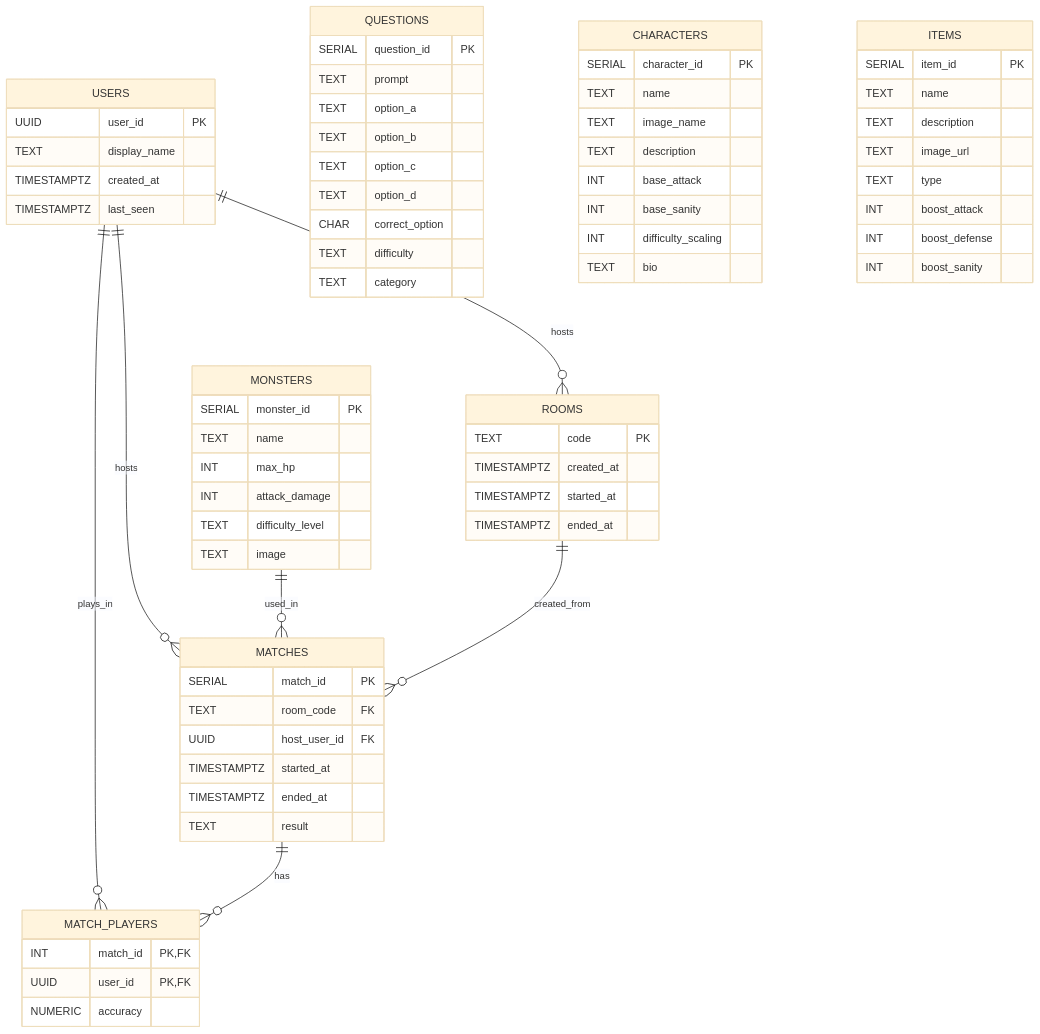
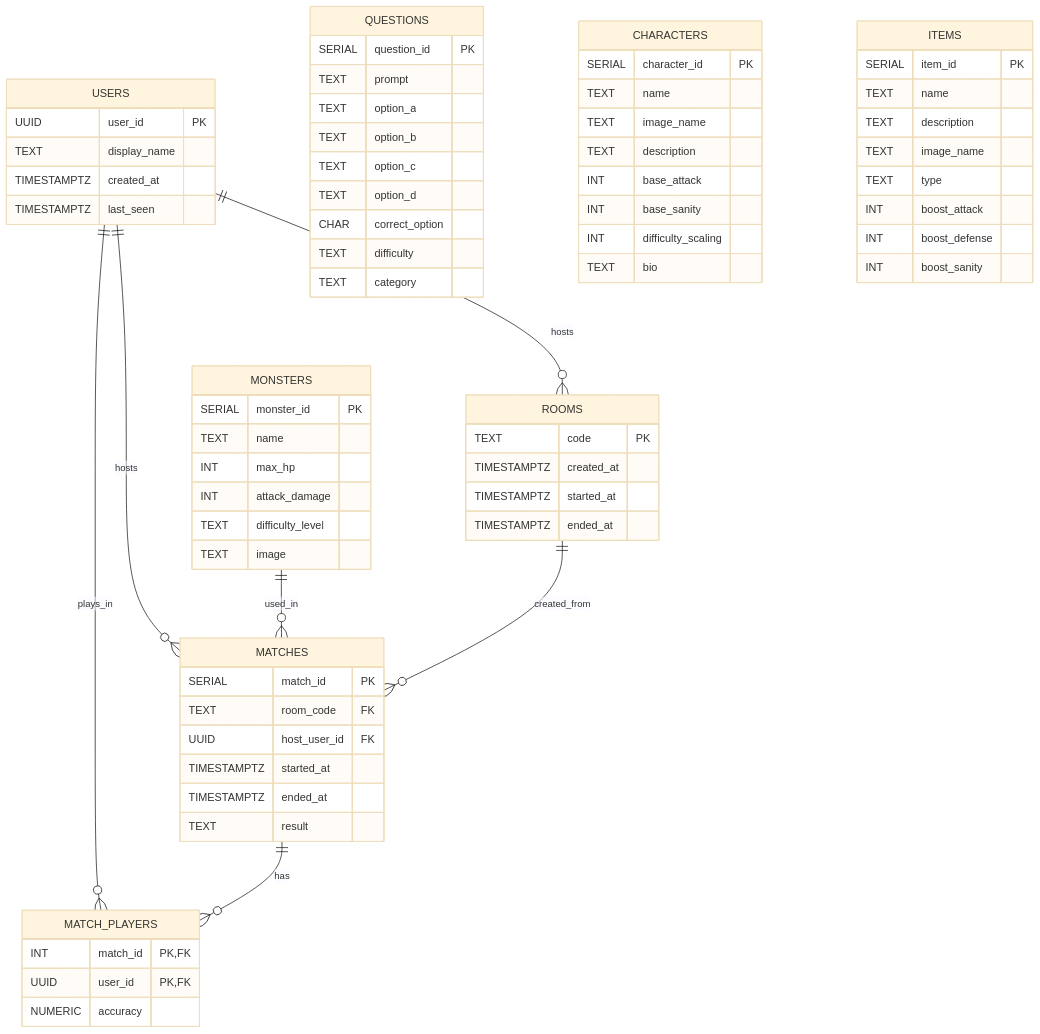
The diagram in docs/planning/backend-draft.md (vertigo1919/eldritch-backend), drawn with Mermaid (base theme) before and after one commit.

Commit message:
Rename image_url to image_name in backend draft

````diff
--- a/docs/planning/backend-draft.md
+++ b/docs/planning/backend-draft.md
@@ -5,82 +5,82 @@
 ```mermaid
 erDiagram
   USERS {
     UUID user_id PK
     TEXT display_name
     TIMESTAMPTZ created_at
     TIMESTAMPTZ last_seen
   }
 
   QUESTIONS {
     SERIAL question_id PK
     TEXT prompt
     TEXT option_a
     TEXT option_b
     TEXT option_c
     TEXT option_d
     CHAR correct_option
     TEXT difficulty
     TEXT category
   }
 
   MONSTERS {
     SERIAL monster_id PK
     TEXT name
     INT max_hp
     INT attack_damage
     TEXT difficulty_level
     TEXT image
   }
 
   CHARACTERS {
     SERIAL character_id PK
     TEXT name
     TEXT image_name
     TEXT description
     INT base_attack
     INT base_sanity
     INT difficulty_scaling
     TEXT bio
   }
 
   ROOMS {
     TEXT code PK
     TIMESTAMPTZ created_at
     TIMESTAMPTZ started_at
     TIMESTAMPTZ ended_at
   }
 
   MATCHES {
     SERIAL match_id PK
     TEXT room_code FK
     UUID host_user_id FK
     TIMESTAMPTZ started_at
     TIMESTAMPTZ ended_at
     TEXT result
   }
 
   MATCH_PLAYERS {
     INT match_id PK, FK
     UUID user_id PK, FK
     NUMERIC accuracy
   }
 
 ITEMS {
   SERIAL item_id PK
   TEXT name
   TEXT description
-  TEXT image_url
+  TEXT image_name
   TEXT type
   INT boost_attack
   INT boost_defense
   INT boost_sanity
 }
 
   %% Relationships
   USERS ||--o{ ROOMS : hosts
   USERS ||--o{ MATCHES : hosts
   USERS ||--o{ MATCH_PLAYERS : plays_in
   MONSTERS ||--o{ MATCHES : used_in
   ROOMS ||--o{ MATCHES : created_from
   MATCHES ||--o{ MATCH_PLAYERS : has
 ```
````
